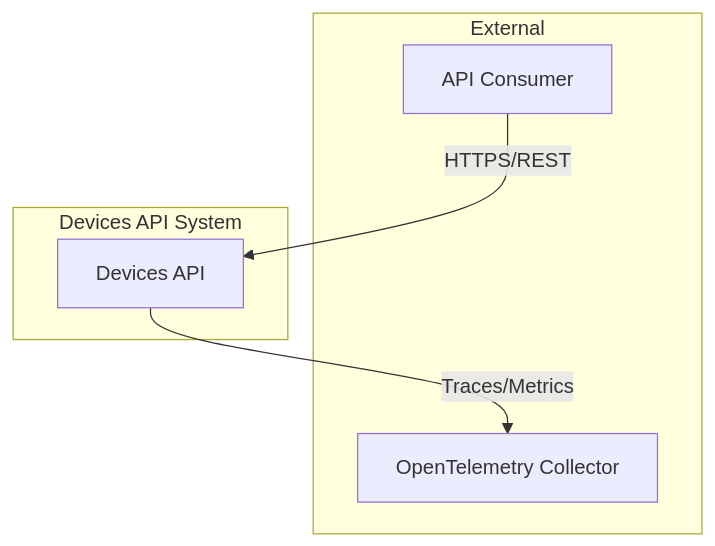
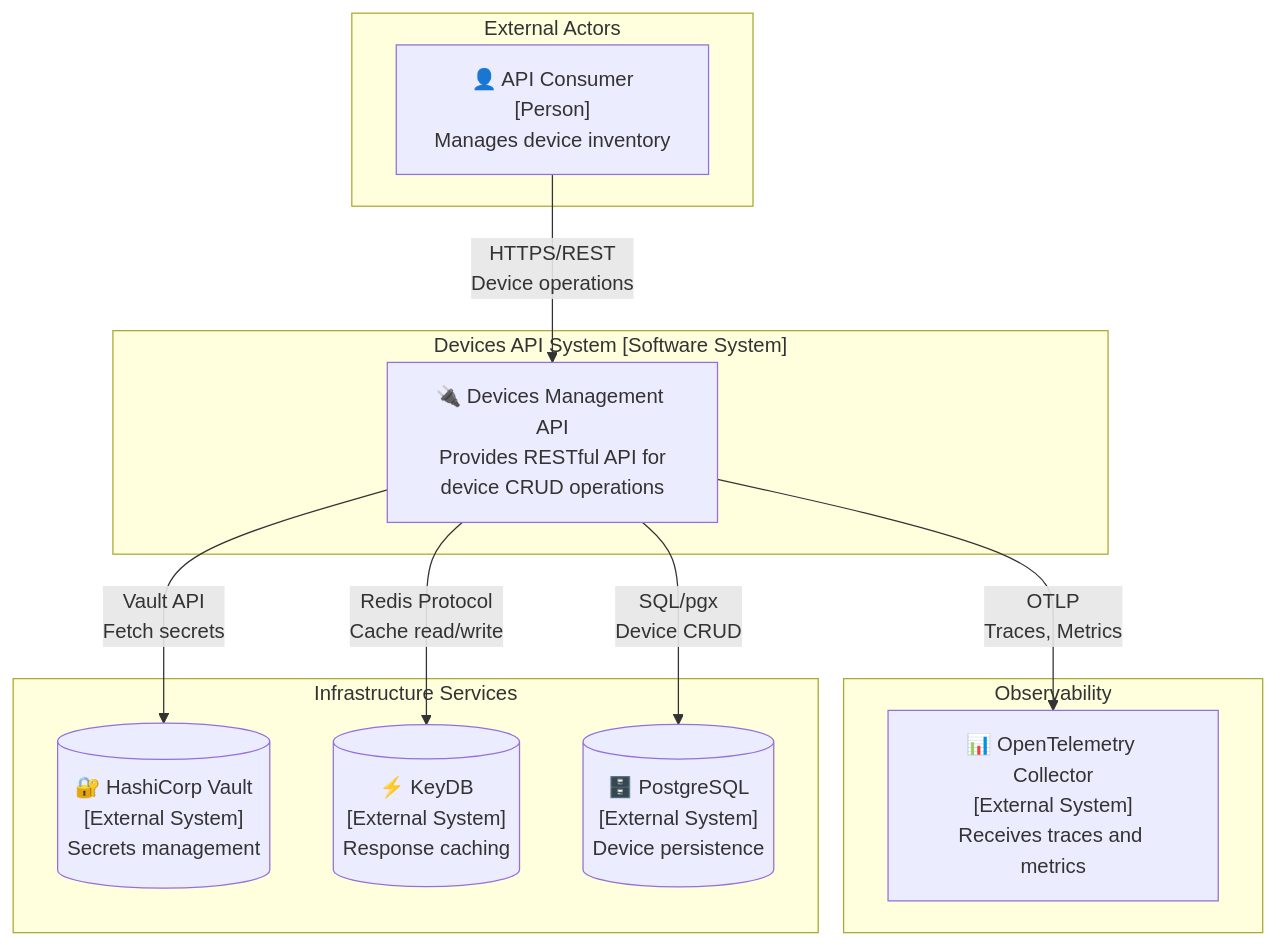
Before and after one commit to architeacher/devices: the first of 12 diagrams in docs/architecture.md, drawn with Mermaid. The commit also changed other lines of this file and 163 other files, not shown here.

First line of the commit message:
feat(api-gateway): :sparkles: add cache management admin API and HTTP caching support.

````diff
--- a/docs/architecture.md
+++ b/docs/architecture.md
@@ -144,14 +212,26 @@
 ```mermaid
 graph TB
-    subgraph External
-        User[API Consumer]
-        OTEL[OpenTelemetry Collector]
+    subgraph ext [External Actors]
+        User["👤 API Consumer<br/>[Person]<br/>Manages device inventory"]
     end
 
-    subgraph System[Devices API System]
-        API[Devices API]
+    subgraph obs [Observability]
+        OTEL["📊 OpenTelemetry Collector<br/>[External System]<br/>Receives traces and metrics"]
     end
 
-    User -->|HTTPS/REST| API
-    API -->|Traces/Metrics| OTEL
+    subgraph sys ["Devices API System [Software System]"]
+        API["🔌 Devices Management API<br/>Provides RESTful API for<br/>device CRUD operations"]
+    end
+
+    subgraph infra [Infrastructure Services]
+        Vault[("🔐 HashiCorp Vault<br/>[External System]<br/>Secrets management")]
+        KeyDB[("⚡ KeyDB<br/>[External System]<br/>Response caching")]
+        Postgres[("🗄️ PostgreSQL<br/>[External System]<br/>Device persistence")]
+    end
+
+    User -->|"HTTPS/REST<br/>Device operations"| API
+    API -->|"OTLP<br/>Traces, Metrics"| OTEL
+    API -->|"Vault API<br/>Fetch secrets"| Vault
+    API -->|"Redis Protocol<br/>Cache read/write"| KeyDB
+    API -->|"SQL/pgx<br/>Device CRUD"| Postgres
 ```
````
